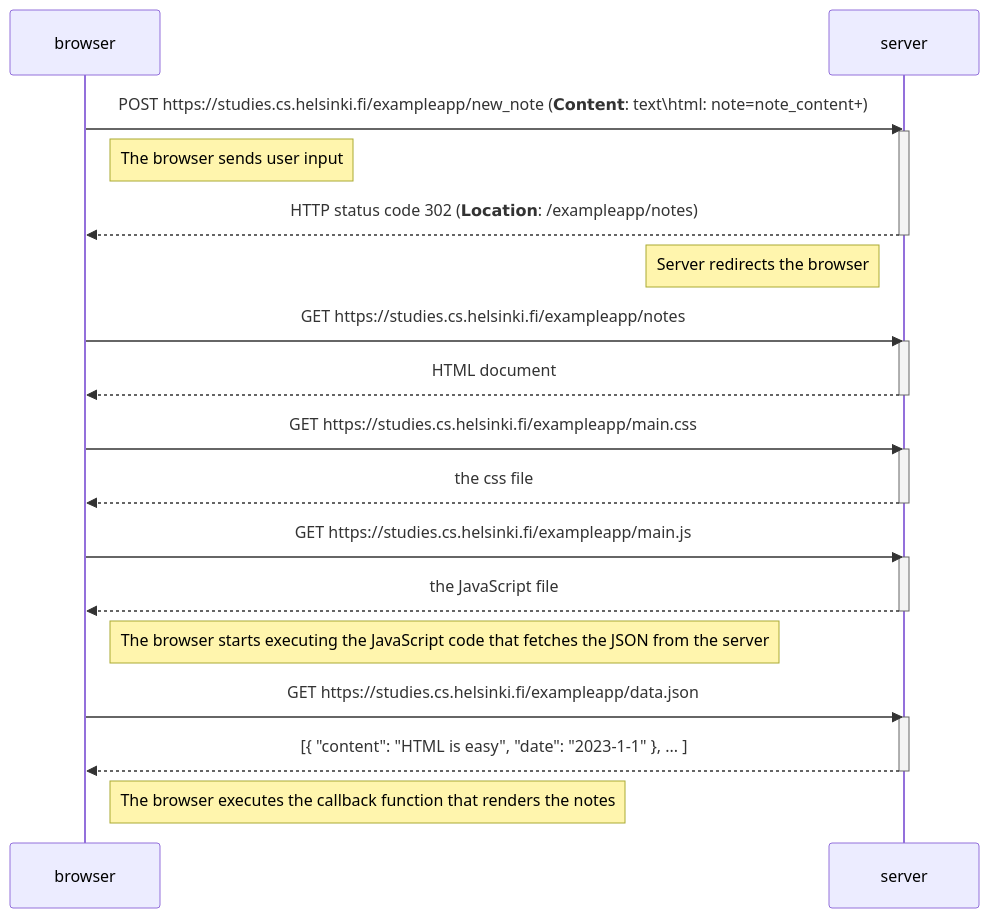
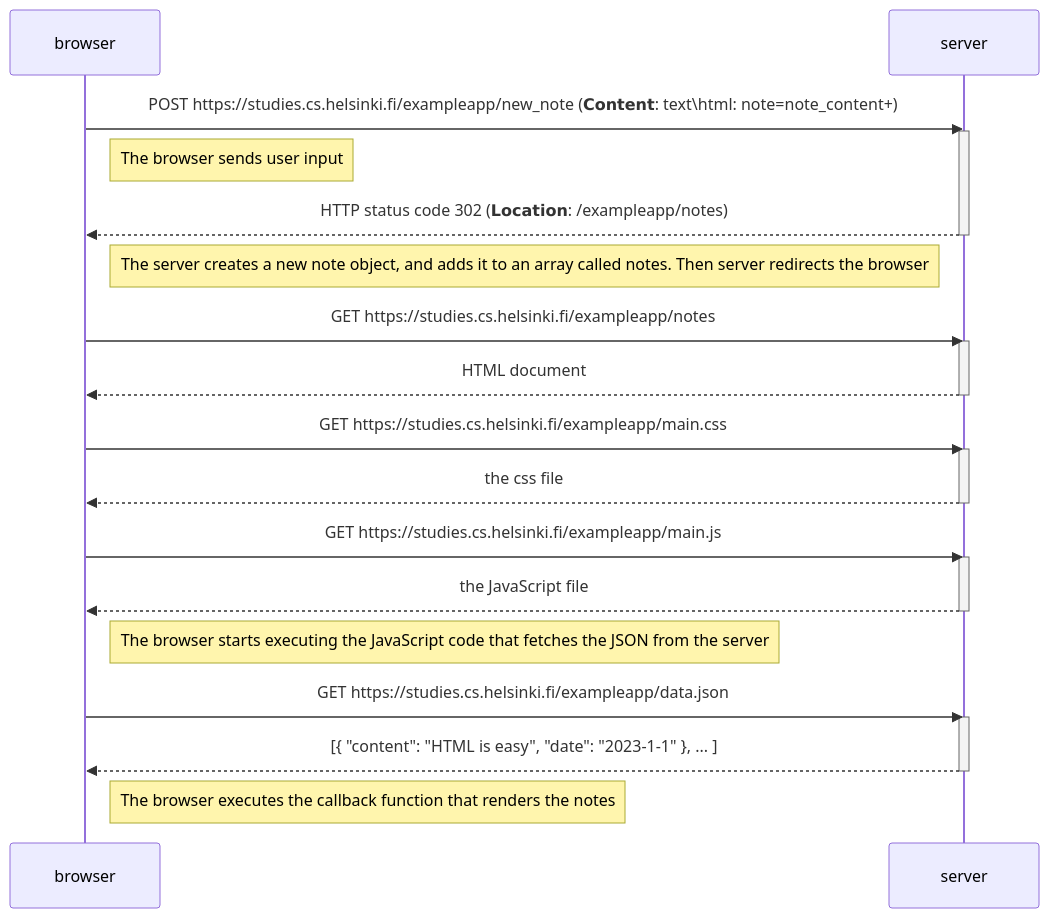
One commit to Gr701/intro changed the diagram in diagram.md. Above: the diagram before and after it, drawn with Mermaid.

````diff
--- a/diagram.md
+++ b/diagram.md
@@ -1,35 +1,35 @@
 ```mermaid
     sequenceDiagram
                 
         browser->>server: POST https://studies.cs.helsinki.fi/exampleapp/new_note (𝗖𝗼𝗻𝘁𝗲𝗻𝘁: text\html: note=note_content+)
         activate server
         Note right of browser: The browser sends user input
         server-->>browser: HTTP status code 302 (𝗟𝗼𝗰𝗮𝘁𝗶𝗼𝗻: /exampleapp/notes)
         deactivate server
-        Note left of server: Server redirects the browser
+        Note left of server: The server creates a new note object, and adds it to an array called notes. Then server redirects the browser
         
         browser->>server: GET https://studies.cs.helsinki.fi/exampleapp/notes
         activate server
         server-->>browser: HTML document
         deactivate server
     
         browser->>server: GET https://studies.cs.helsinki.fi/exampleapp/main.css
         activate server
         server-->>browser: the css file
         deactivate server
     
         browser->>server: GET https://studies.cs.helsinki.fi/exampleapp/main.js
         activate server
         server-->>browser: the JavaScript file
         deactivate server
     
         Note right of browser: The browser starts executing the JavaScript code that fetches the JSON from the server
     
         browser->>server: GET https://studies.cs.helsinki.fi/exampleapp/data.json
         activate server
         server-->>browser: [{ "content": "HTML is easy", "date": "2023-1-1" }, ... ]
         deactivate server
     
         Note right of browser: The browser executes the callback function that renders the notes
                              
 ```
````
